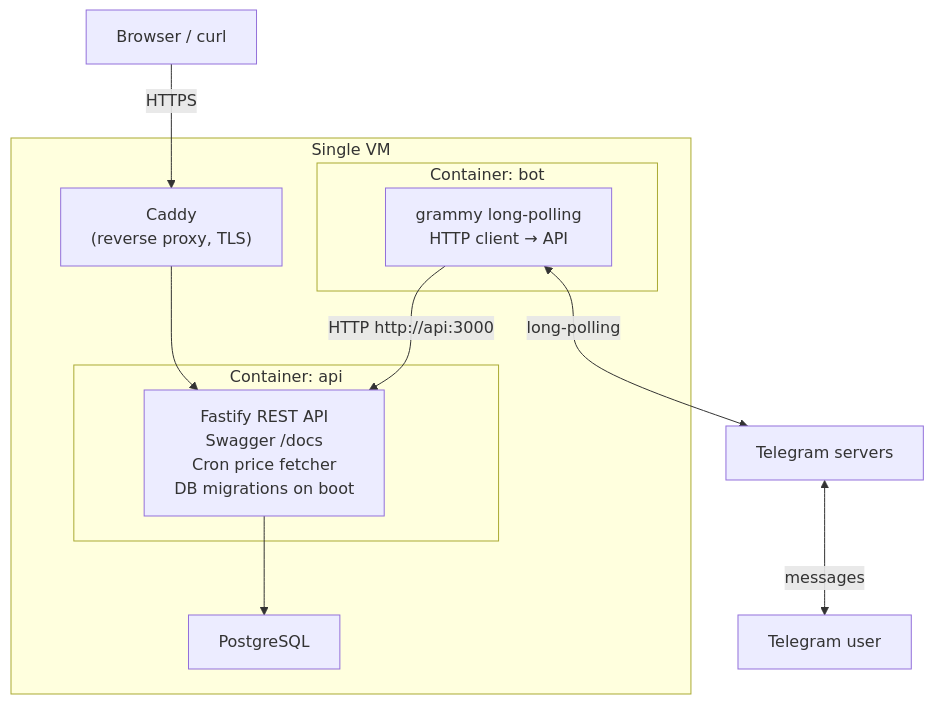
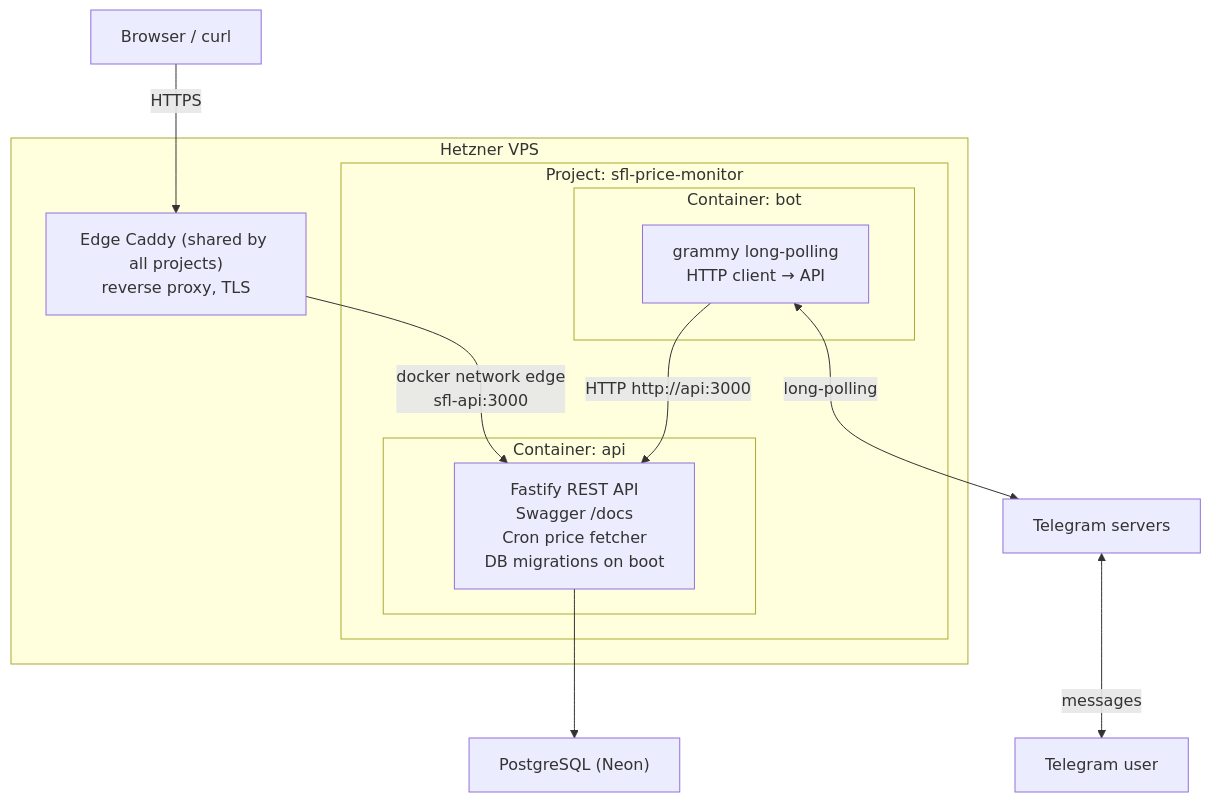
The diagram in README.MD (xcyde/sfl-price-monitor), drawn with Mermaid before and after one commit. The commit also changed other lines of this file and 12 other files, not shown here.

````diff
--- a/README.MD
+++ b/README.MD
@@ -40,19 +40,21 @@
 ```mermaid
 graph TD
-    subgraph VM["Single VM"]
-        Caddy["Caddy\n(reverse proxy, TLS)"]
-        subgraph api-container["Container: api"]
-            API["Fastify REST API\nSwagger /docs\nCron price fetcher\nDB migrations on boot"]
+    subgraph VM["Hetzner VPS"]
+        Caddy["Edge Caddy (shared by all projects)\nreverse proxy, TLS"]
+        subgraph project["Project: sfl-price-monitor"]
+            subgraph api-container["Container: api"]
+                API["Fastify REST API\nSwagger /docs\nCron price fetcher\nDB migrations on boot"]
+            end
+            subgraph bot-container["Container: bot"]
+                Bot["grammy long-polling\nHTTP client → API"]
+            end
         end
-        subgraph bot-container["Container: bot"]
-            Bot["grammy long-polling\nHTTP client → API"]
-        end
-        Postgres["PostgreSQL"]
     end
 
-    User["Browser / curl"] -->|HTTPS| Caddy --> API
+    User["Browser / curl"] -->|HTTPS| Caddy
+    Caddy -->|"docker network edge\nsfl-api:3000"| API
     Bot -->|"HTTP  http://api:3000"| API
-    API --> Postgres
+    API --> Postgres["PostgreSQL (Neon)"]
     Bot <-->|long-polling| TG["Telegram servers"]
     TG["Telegram servers"] <-->|messages| TGUser["Telegram user"]
 ```
````
